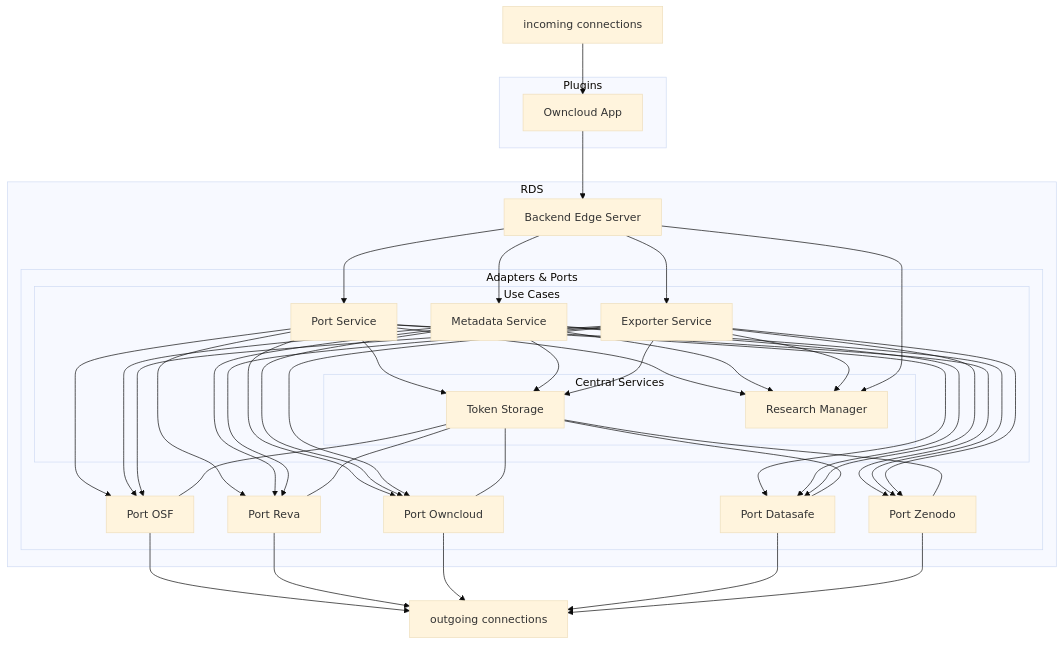
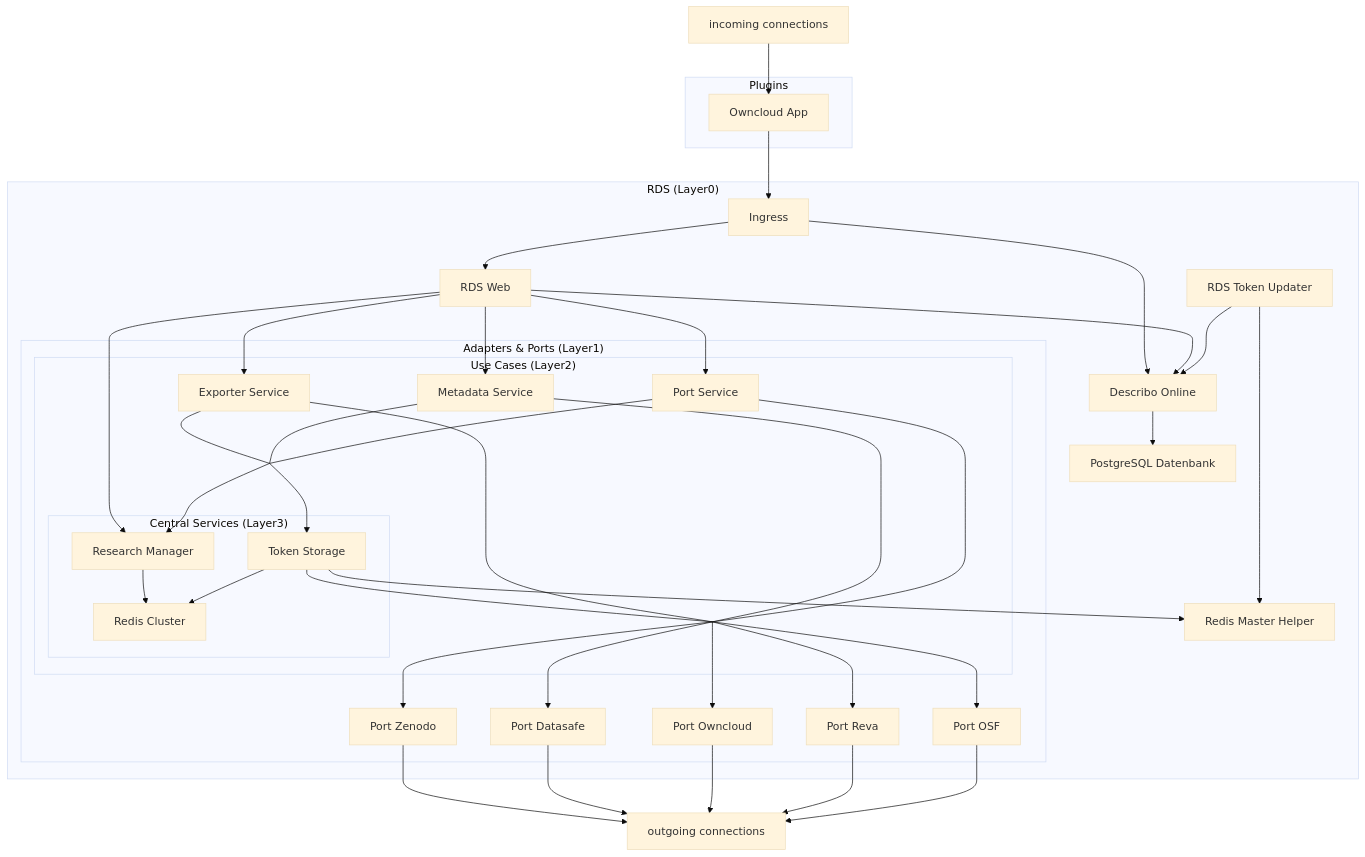
Before and after one commit to Sciebo-RDS/Sciebo-RDS: the diagram in docs/content/doc/impl/infrastructure/ecosystem.md, drawn with Mermaid (base theme). The commit also changed 4 other files, not shown here.

Commit message:
fix mermaid, update doc

````diff
--- a/docs/content/doc/impl/infrastructure/ecosystem.md
+++ b/docs/content/doc/impl/infrastructure/ecosystem.md
@@ -18,34 +18,40 @@
 ```mermaid
 graph TD;
   %% define nodes
-
+  
   subgraph Plugins
       OP[Owncloud App]
   end
 
-  subgraph RDS
-    Ingress[Backend Edge Server]
+  subgraph "RDS (Layer0)"
+    Ingress[Ingress]
+    Describo[Describo Online]
+    Web[RDS Web]
+    Helper[RDS Token Updater]
+    DescriboDB[PostgreSQL Datenbank]
+    RedisH[Redis Master Helper]
 
-    subgraph Adapters & Ports
-      %% SPAEx[SPA Exporter]
-      %% SPATS[SPA Token Storage]
-
+    subgraph "Adapters & Ports (Layer1)"
       PInvenio[Port Zenodo]
       POwncloud[Port Owncloud]
       POSF[Port OSF]
       PReva[Port Reva]
       PDatasafe[Port Datasafe]
 
-      subgraph Use Cases
+      subgraph "Use Cases (Layer2)"
         UCExporter[Exporter Service]
         UCPort[Port Service]
         UCMetadata[Metadata Service]
         %% UCProject[Project Service]
 
-        subgraph Central Services
+        subgraph "Central Services (Layer3)"
+          Redis[Redis Cluster]
           CSToken[Token Storage]
           CSProject[Research Manager]
         end
+
+        Centralservices(" ")
+        Ports(" ")
       end
     end
   end
@@ -54,6 +60,9 @@
   WWWO[outgoing connections]
 
   click OP "/doc/impl/plugins/owncloud/"
+  click Describo "https://github.com/Arkisto-Platform/describo-online"
+  click Helper "https://github.com/Sciebo-RDS/RDS-Web/tree/rework/helper"
+  click Web "https://github.com/Sciebo-RDS/RDS-Web"
 
   click PInvenio "/doc/impl/ports/port-invenio"
   click POwncloud "/doc/impl/ports/port-storage"
@@ -66,21 +75,26 @@
   click UCMetadata "/doc/impl/use-cases/metadata"
 
   click CSProject "/doc/impl/central/research-manager"
-  click CSToken ""/doc/impl/central/token-storage""
+  click CSToken "/doc/impl/central/token-storage"
 
   %% define connections
-  WWWI --> OP --> Ingress
+  WWWI --> OP
+  OP --> Ingress --> Describo & Web
 
-  %% Ingress --> SPAEx --> UCExporter
-  %% Ingress --> SPATS --> CSToken
-  %% Ingress -->|Nur für die Registration von neuen Tokens| ARegister
-  Ingress --> CSProject & UCExporter & UCMetadata & UCPort
+  Web --> CSProject & UCExporter & UCMetadata & UCPort & Describo
+  CSToken & UCExporter & UCMetadata & UCPort --- Ports
+  UCExporter & UCMetadata & UCPort --- Centralservices
+  Ports --> PInvenio & POwncloud & PReva & POSF & PDatasafe
+  Centralservices --> CSProject & CSToken
 
-  %% UCExporter --> UCProject
-  %% UCProject --> CSProject
+  CSProject --> Redis
 
-  CSToken --- PInvenio & POwncloud & PReva & POSF & PDatasafe
-  UCExporter & UCMetadata & UCPort --> PInvenio & POwncloud & PReva & POSF & PDatasafe & CSProject & CSToken
+  Helper --> Describo & RedisH
+  CSToken --> RedisH & Redis
+  Describo --> DescriboDB
 
   PInvenio & PDatasafe & POwncloud & PReva & POSF --> WWWO
+
+classDef SkipLevel width:0px;
+class Ports,Centralservices SkipLevel
 ```
````
